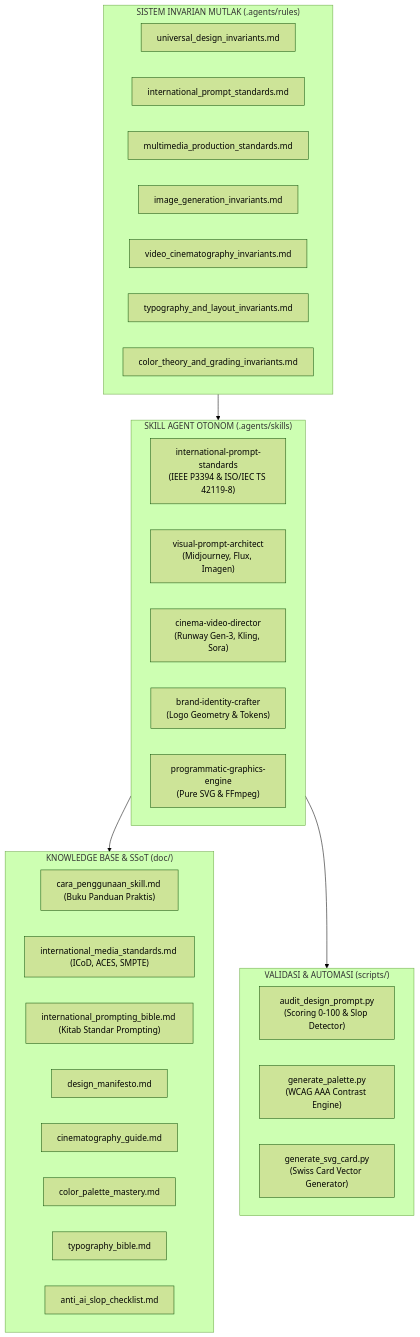
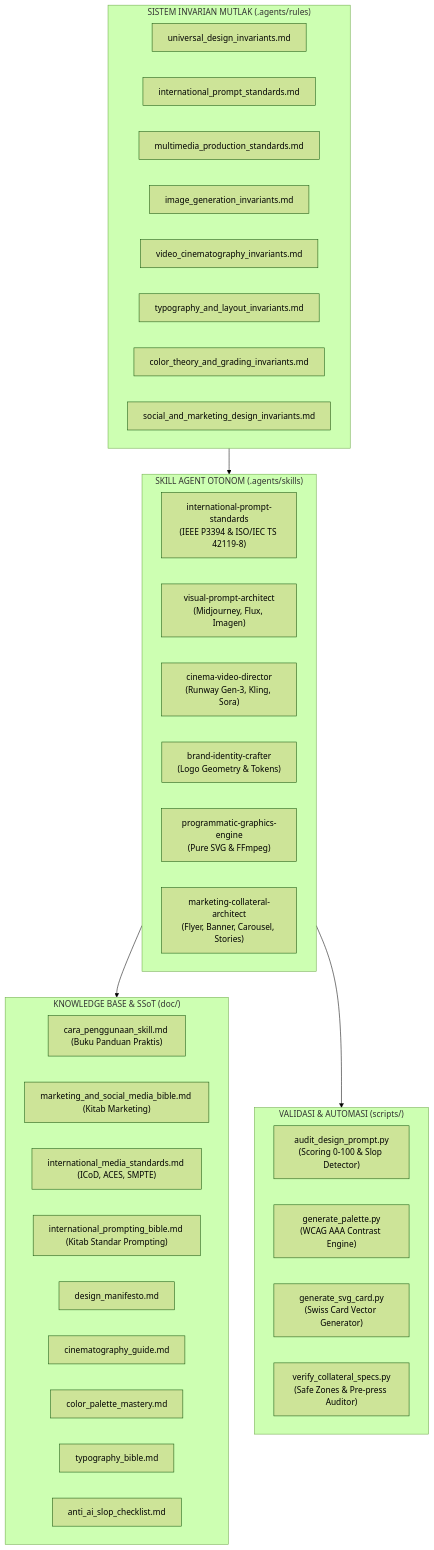
Before and after one commit to misbahudin98/desain-grafis: the diagram in README.md, drawn with Mermaid (forest theme). The commit also changed other lines of this file and 14 other files, not shown here.

Commit message:
feat: tambahkan invarian, skill marketing-collateral-architect, dan kitab standar internasional flayer, banner, carousel, dan stories

````diff
--- a/README.md
+++ b/README.md
@@ -22,41 +23,45 @@
 ```mermaid
 flowchart TD
     subgraph Core ["SISTEM INVARIAN MUTLAK (.agents/rules)"]
         R1["universal_design_invariants.md"]
         R2["international_prompt_standards.md"]
         R3["multimedia_production_standards.md"]
         R4["image_generation_invariants.md"]
         R5["video_cinematography_invariants.md"]
         R6["typography_and_layout_invariants.md"]
         R7["color_theory_and_grading_invariants.md"]
+        R8["social_and_marketing_design_invariants.md"]
     end
 
     subgraph Skills ["SKILL AGENT OTONOM (.agents/skills)"]
         S1["international-prompt-standards<br/>(IEEE P3394 & ISO/IEC TS 42119-8)"]
         S2["visual-prompt-architect<br/>(Midjourney, Flux, Imagen)"]
         S3["cinema-video-director<br/>(Runway Gen-3, Kling, Sora)"]
         S4["brand-identity-crafter<br/>(Logo Geometry & Tokens)"]
         S5["programmatic-graphics-engine<br/>(Pure SVG & FFmpeg)"]
+        S6["marketing-collateral-architect<br/>(Flyer, Banner, Carousel, Stories)"]
     end
 
     subgraph Knowledge ["KNOWLEDGE BASE & SSoT (doc/)"]
         D1["cara_penggunaan_skill.md (Buku Panduan Praktis)"]
-        D2["international_media_standards.md (ICoD, ACES, SMPTE)"]
-        D3["international_prompting_bible.md (Kitab Standar Prompting)"]
-        D4["design_manifesto.md"]
-        D5["cinematography_guide.md"]
-        D6["color_palette_mastery.md"]
-        D7["typography_bible.md"]
-        D8["anti_ai_slop_checklist.md"]
+        D2["marketing_and_social_media_bible.md (Kitab Marketing)"]
+        D3["international_media_standards.md (ICoD, ACES, SMPTE)"]
+        D4["international_prompting_bible.md (Kitab Standar Prompting)"]
+        D5["design_manifesto.md"]
+        D6["cinematography_guide.md"]
+        D7["color_palette_mastery.md"]
+        D8["typography_bible.md"]
+        D9["anti_ai_slop_checklist.md"]
     end
 
     subgraph Automation ["VALIDASI & AUTOMASI (scripts/)"]
         SC1["audit_design_prompt.py<br/>(Scoring 0-100 & Slop Detector)"]
         SC2["generate_palette.py<br/>(WCAG AAA Contrast Engine)"]
         SC3["generate_svg_card.py<br/>(Swiss Card Vector Generator)"]
+        SC4["verify_collateral_specs.py<br/>(Safe Zones & Pre-press Auditor)"]
     end
 
     Core --> Skills
     Skills --> Knowledge
     Skills --> Automation
 ```
````
